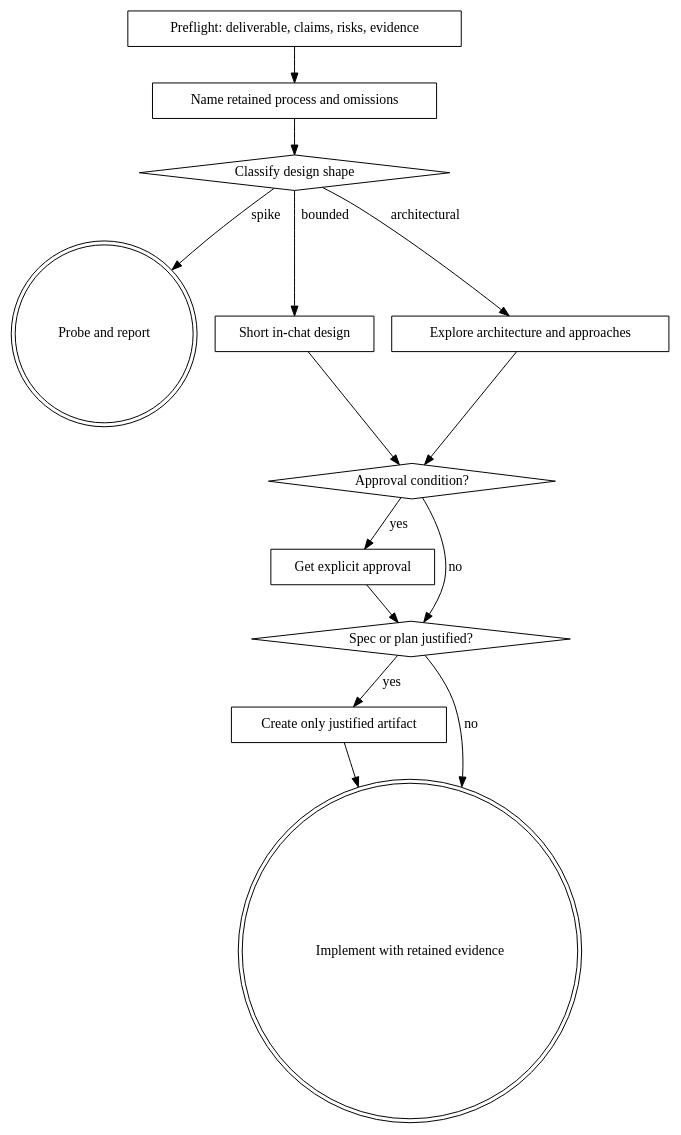
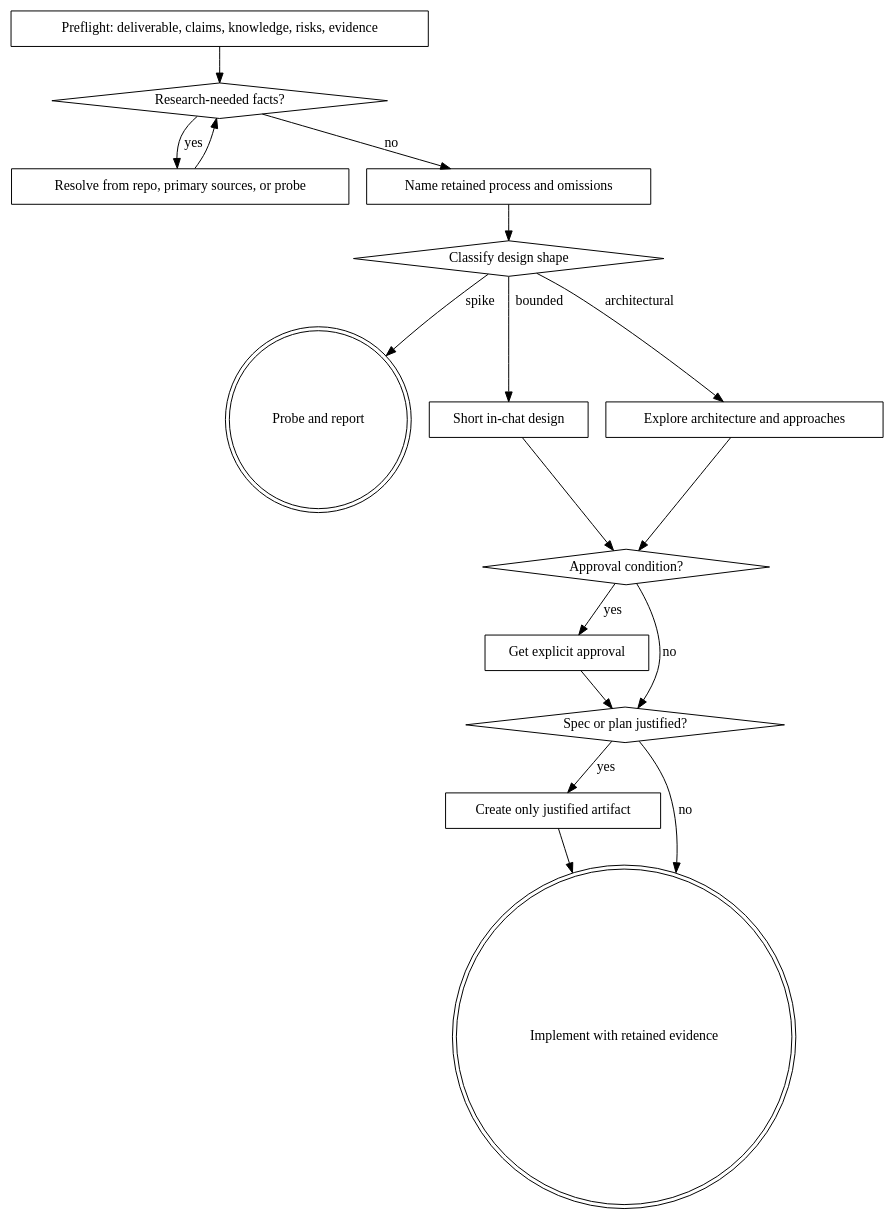
Before and after one commit to netsky-prod/superpowers: the diagram in skills/brainstorming/SKILL.md, drawn with Graphviz. The commit also changed other lines of this file, not shown here.

Commit message:
require research before implementation

````diff
--- a/skills/brainstorming/SKILL.md
+++ b/skills/brainstorming/SKILL.md
@@ -159,29 +190,34 @@
 ```dot
 digraph brainstorming {
-    "Preflight: deliverable, claims, risks, evidence" [shape=box];
+    "Preflight: deliverable, claims, knowledge, risks, evidence" [shape=box];
+    "Research-needed facts?" [shape=diamond];
+    "Resolve from repo, primary sources, or probe" [shape=box];
     "Name retained process and omissions" [shape=box];
     "Classify design shape" [shape=diamond];
     "Probe and report" [shape=doublecircle];
     "Short in-chat design" [shape=box];
     "Explore architecture and approaches" [shape=box];
     "Approval condition?" [shape=diamond];
     "Get explicit approval" [shape=box];
     "Spec or plan justified?" [shape=diamond];
     "Create only justified artifact" [shape=box];
     "Implement with retained evidence" [shape=doublecircle];
 
-    "Preflight: deliverable, claims, risks, evidence" -> "Name retained process and omissions";
+    "Preflight: deliverable, claims, knowledge, risks, evidence" -> "Research-needed facts?";
+    "Research-needed facts?" -> "Resolve from repo, primary sources, or probe" [label="yes"];
+    "Resolve from repo, primary sources, or probe" -> "Research-needed facts?";
+    "Research-needed facts?" -> "Name retained process and omissions" [label="no"];
     "Name retained process and omissions" -> "Classify design shape";
     "Classify design shape" -> "Probe and report" [label="spike"];
     "Classify design shape" -> "Short in-chat design" [label="bounded"];
     "Classify design shape" -> "Explore architecture and approaches" [label="architectural"];
     "Short in-chat design" -> "Approval condition?";
     "Explore architecture and approaches" -> "Approval condition?";
     "Approval condition?" -> "Get explicit approval" [label="yes"];
     "Approval condition?" -> "Spec or plan justified?" [label="no"];
     "Get explicit approval" -> "Spec or plan justified?";
     "Spec or plan justified?" -> "Create only justified artifact" [label="yes"];
     "Spec or plan justified?" -> "Implement with retained evidence" [label="no"];
     "Create only justified artifact" -> "Implement with retained evidence";
 }
 ```
````
